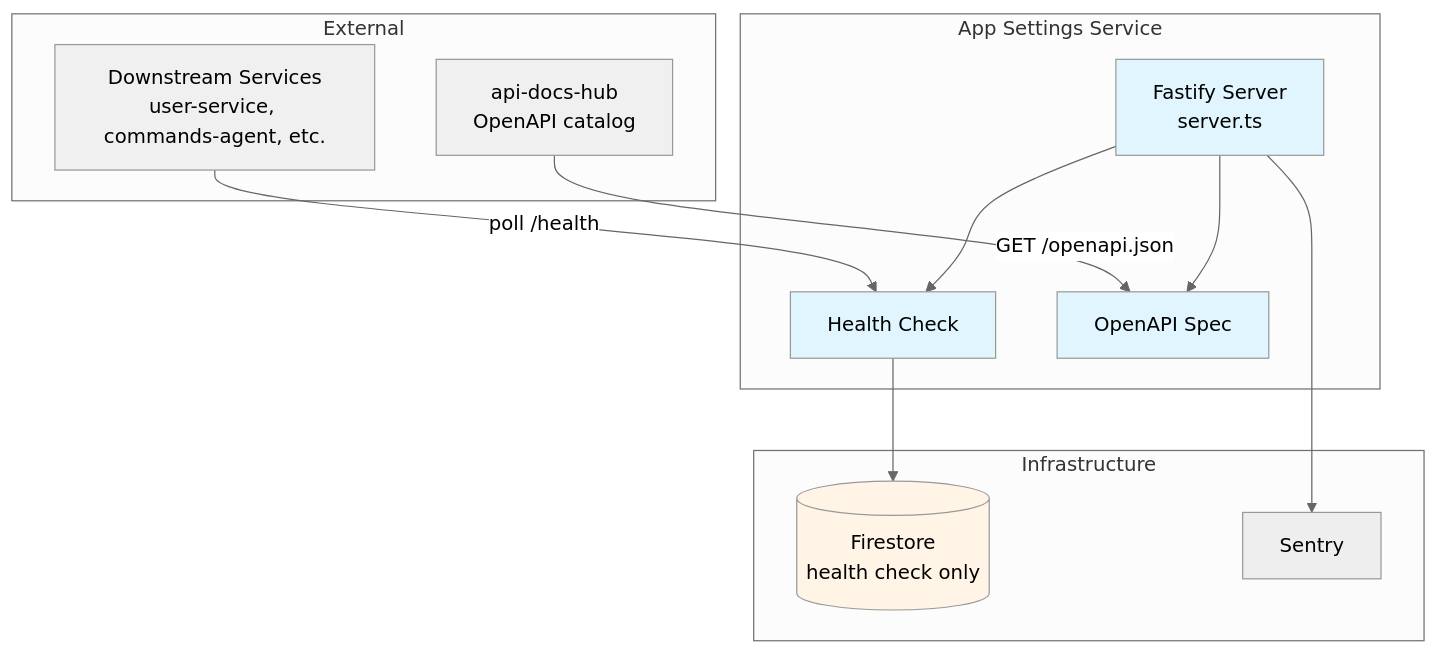
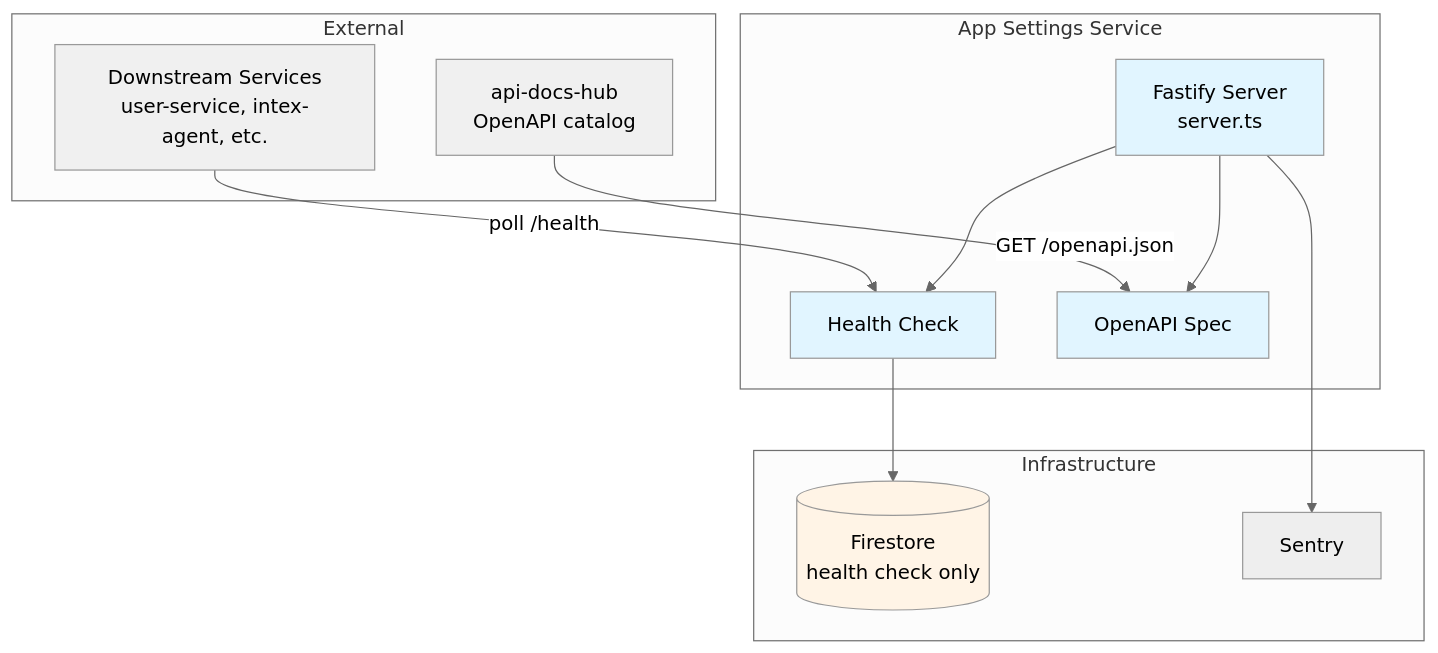
The diagram in docs/services/app-settings-service/technical.md (pbuchman/intexuraos), drawn with Mermaid (neutral theme) before and after one commit. The commit also changed other lines of this file and 607 other files, not shown here.

````diff
--- a/docs/services/app-settings-service/technical.md
+++ b/docs/services/app-settings-service/technical.md
@@ -9,33 +9,33 @@
 ```mermaid
 graph TB
     subgraph "External"
-        Services[Downstream Services<br/>user-service, commands-agent, etc.]
+        Services[Downstream Services<br/>user-service, intex-agent, etc.]
         ApiDocs[api-docs-hub<br/>OpenAPI catalog]
     end
 
     subgraph "App Settings Service"
         Server[Fastify Server<br/>server.ts]
         Health[Health Check]
         OpenAPI[OpenAPI Spec]
     end
 
     subgraph "Infrastructure"
         Firestore[(Firestore<br/>health check only)]
         Sentry[Sentry]
     end
 
     Services -->|poll /health| Health
     ApiDocs -->|GET /openapi.json| OpenAPI
     Server --> Health
     Server --> OpenAPI
     Health --> Firestore
     Server --> Sentry
 
     classDef service fill:#e1f5ff
     classDef storage fill:#fff4e6
     classDef external fill:#f0f0f0
 
     class Server,Health,OpenAPI service
     class Firestore storage
     class Services,ApiDocs external
 ```
````
